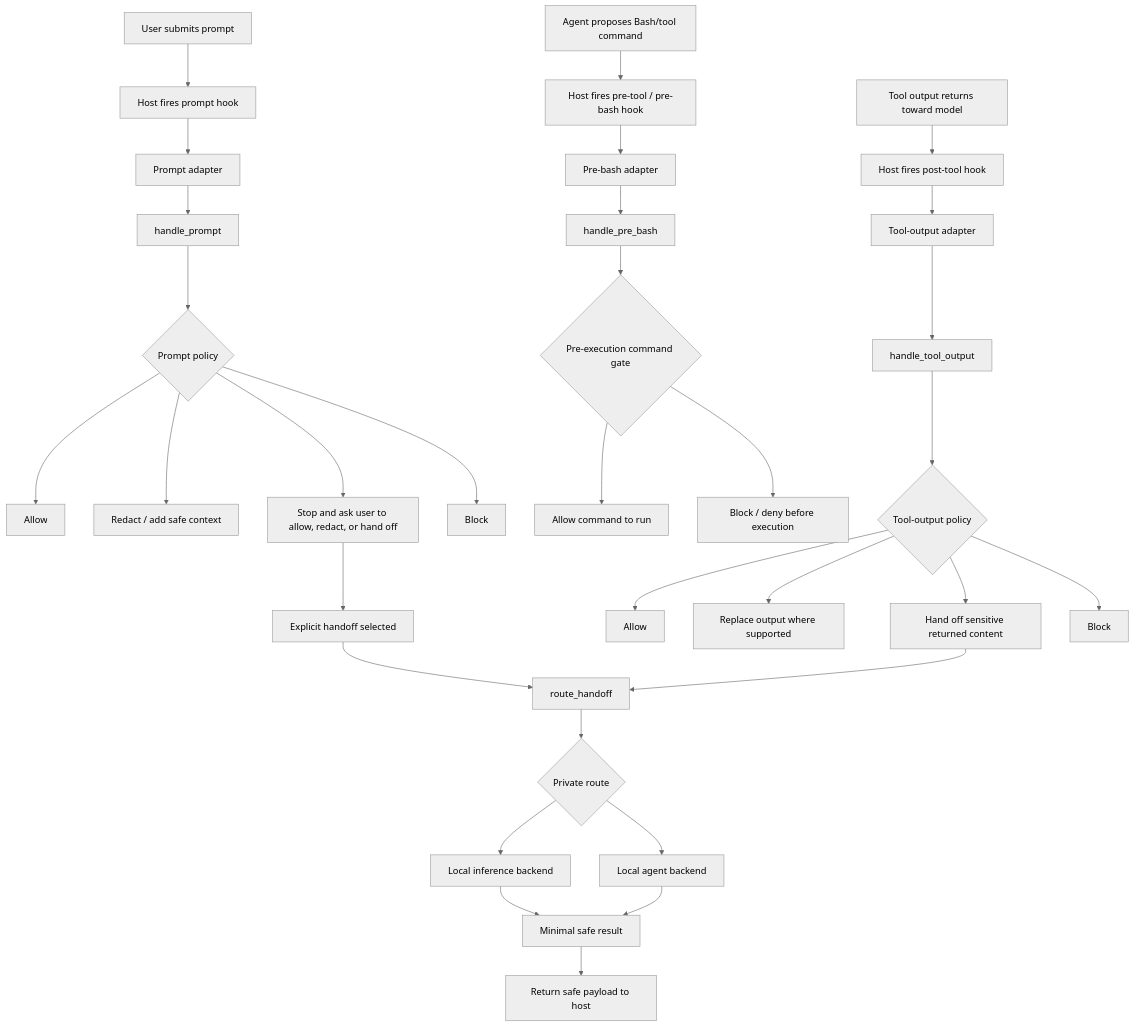
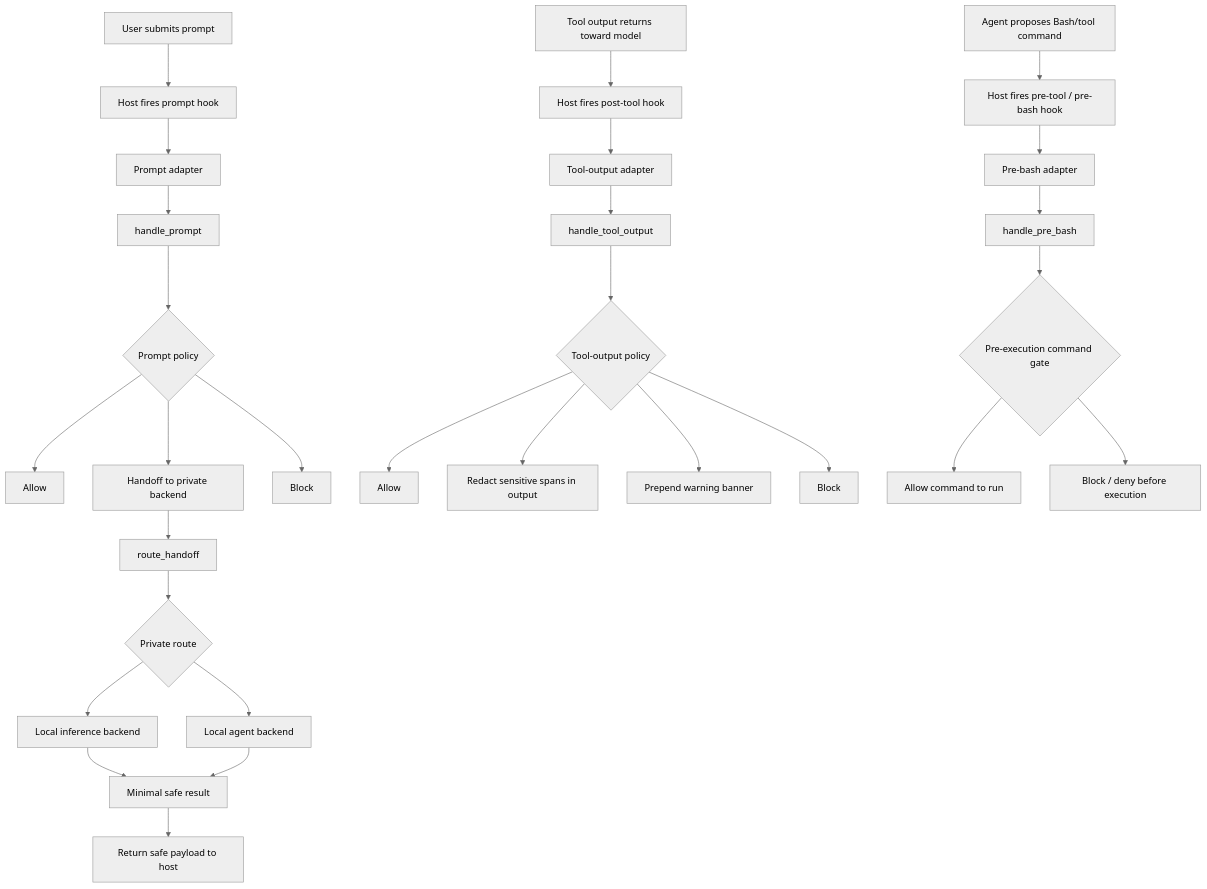
The first of 2 diagrams in _posts/2026-06-16-agent-privacy-research-writeup.md (JackDDavis/justanothertech-blog), drawn with Mermaid (neutral theme) before and after one commit.

Commit message:
Update: correct prompt/output policy outcomes to match hook code

```diff
--- a/_posts/2026-06-16-agent-privacy-research-writeup.md
+++ b/_posts/2026-06-16-agent-privacy-research-writeup.md
@@ -32,44 +32,40 @@
 <div class="mermaid">
 flowchart TD
     UserPrompt[User submits prompt] --> PromptEvent[Host fires prompt hook]
     AgentCommand[Agent proposes Bash/tool command] --> PreEvent[Host fires pre-tool / pre-bash hook]
     ToolOutput[Tool output returns toward model] --> PostEvent[Host fires post-tool hook]
 
     PromptEvent --> PromptAdapter[Prompt adapter]
     PreEvent --> PreAdapter[Pre-bash adapter]
     PostEvent --> PostAdapter[Tool-output adapter]
 
     PromptAdapter --> PromptRunner[handle_prompt]
     PreAdapter --> PreRunner[handle_pre_bash]
     PostAdapter --> ToolRunner[handle_tool_output]
 
     PromptRunner --> PromptPolicy{Prompt policy}
     ToolRunner --> OutputPolicy{Tool-output policy}
     PreRunner --> BashGate{Pre-execution command gate}
 
     PromptPolicy --> PromptAllow[Allow]
-    PromptPolicy --> PromptRedact[Redact / add safe context]
-    PromptPolicy --> PromptChoice[Stop and ask user to allow, redact, or hand off]
+    PromptPolicy --> PromptHandoff[Handoff to private backend]
     PromptPolicy --> PromptBlock[Block]
 
-    PromptChoice --> PromptHandoff[Explicit handoff selected]
     PromptHandoff --> Router[route_handoff]
 
     OutputPolicy --> OutputAllow[Allow]
-    OutputPolicy --> OutputRedact[Replace output where supported]
-    OutputPolicy --> OutputHandoff[Hand off sensitive returned content]
+    OutputPolicy --> OutputRedact[Redact sensitive spans in output]
+    OutputPolicy --> OutputWarn[Prepend warning banner]
     OutputPolicy --> OutputBlock[Block]
-
-    OutputHandoff --> Router
 
     BashGate --> BashAllow[Allow command to run]
     BashGate --> BashBlock[Block / deny before execution]
 
     Router --> RouteDecision{Private route}
     RouteDecision --> Direct[Local inference backend]
     RouteDecision --> LocalAgent[Local agent backend]
 
     Direct --> SafeResult[Minimal safe result]
     LocalAgent --> SafeResult[Minimal safe result]
     SafeResult --> HostReturn[Return safe payload to host]
 </div>
```
